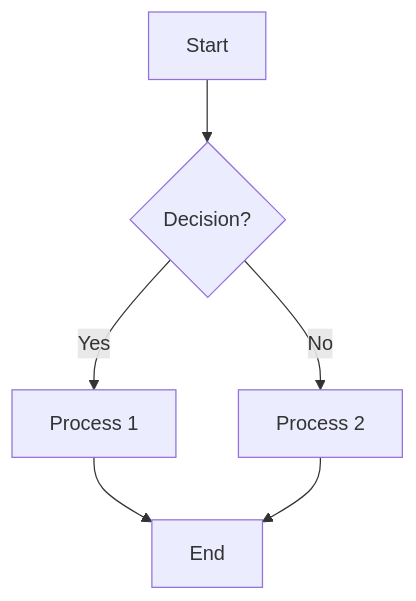
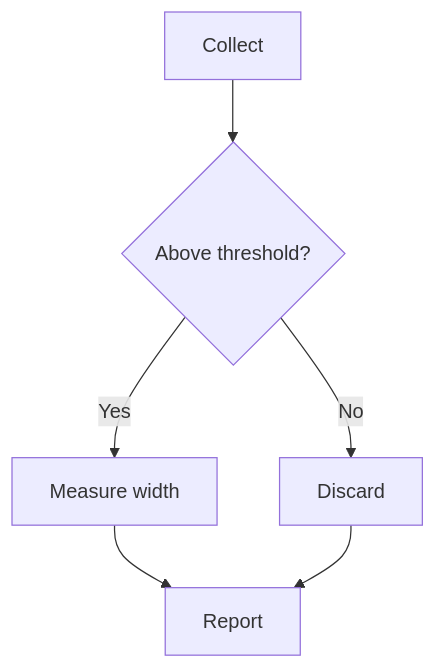
Before and after one commit to chongchonghe/huandeng: the diagram in demo/demo.qmd, drawn with Mermaid. The commit also changed other lines of this file and 42 other files, not shown here.

````diff
--- a/demo/demo.qmd
+++ b/demo/demo.qmd
@@ -720,9 +868,9 @@
 ```{mermaid}
 %%| fig-height: 3.2
 flowchart TD
-  A[Start] --> B{Decision?}
-  B -->|Yes| C[Process 1]
-  B -->|No| D[Process 2]
-  C --> E[End]
+  A[Collect] --> B{Above threshold?}
+  B -->|Yes| C[Measure width]
+  B -->|No| D[Discard]
+  C --> E[Report]
   D --> E
 ```
````
